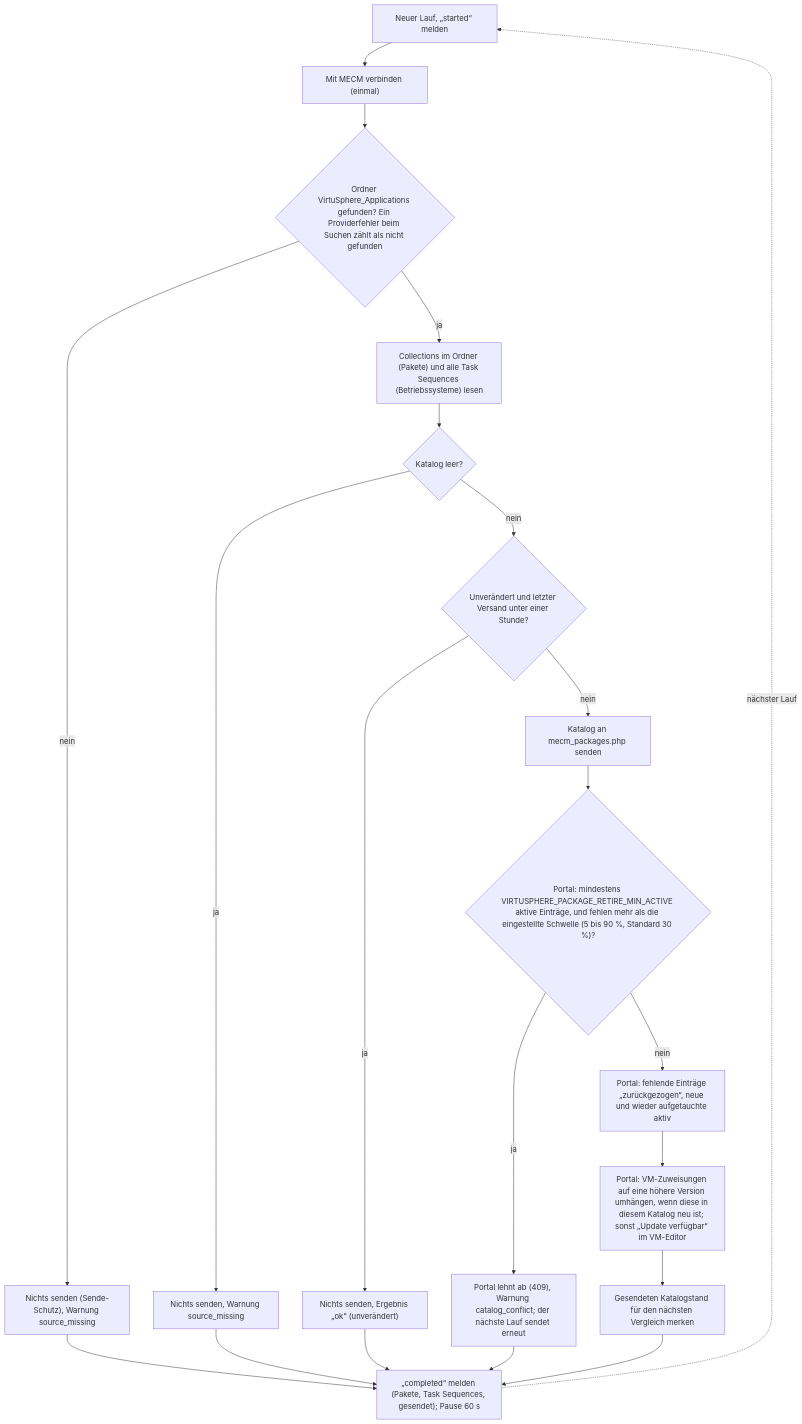
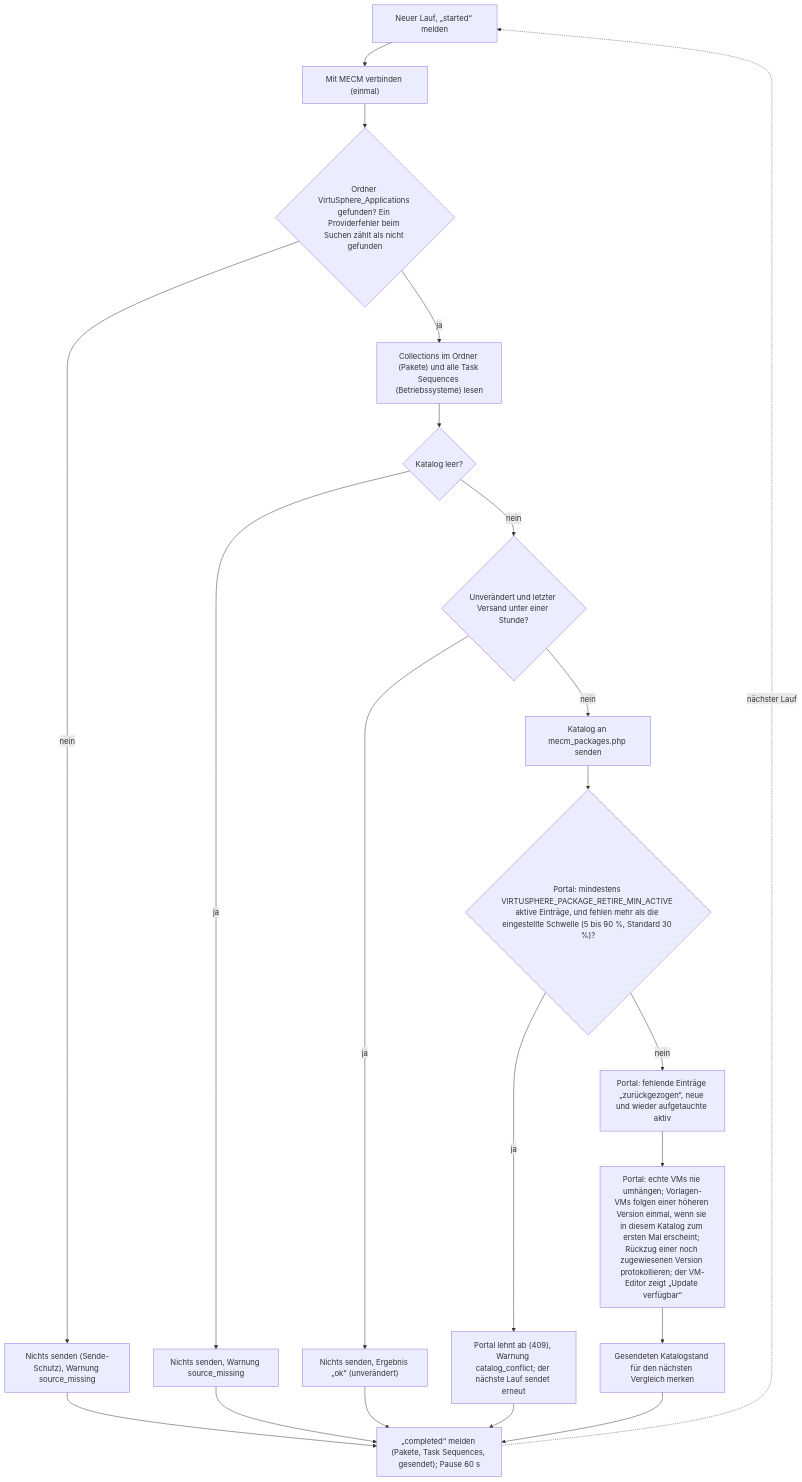
The third of 5 diagrams in docs/operations/mecm-scheduled-tasks.md (Samy94M/VirtuSphere-v2-WebApp), drawn with Mermaid before and after one commit. The commit also changed other lines of this file and 26 other files, not shown here.

````diff
--- a/docs/operations/mecm-scheduled-tasks.md
+++ b/docs/operations/mecm-scheduled-tasks.md
@@ -85,19 +85,19 @@
 ```mermaid
 flowchart TD
   S["Neuer Lauf, „started“ melden"] --> M["Mit MECM verbinden (einmal)"]
   M --> F{"Ordner VirtuSphere_Applications gefunden? Ein Providerfehler beim Suchen zählt als nicht gefunden"}
   F -->|nein| F1["Nichts senden (Sende-Schutz), Warnung source_missing"] --> R
   F -->|ja| K["Collections im Ordner (Pakete) und alle Task Sequences (Betriebssysteme) lesen"]
   K --> E{"Katalog leer?"}
   E -->|ja| E1["Nichts senden, Warnung source_missing"] --> R
   E -->|nein| U{"Unverändert und letzter Versand unter einer Stunde?"}
   U -->|ja| U1["Nichts senden, Ergebnis „ok“ (unverändert)"] --> R
   U -->|nein| P["Katalog an mecm_packages.php senden"]
   P --> T{"Portal: mindestens VIRTUSPHERE_PACKAGE_RETIRE_MIN_ACTIVE aktive Einträge, und fehlen mehr als die eingestellte Schwelle (5 bis 90 %, Standard 30 %)?"}
   T -->|ja| T1["Portal lehnt ab (409), Warnung catalog_conflict; der nächste Lauf sendet erneut"] --> R
   T -->|nein| RT["Portal: fehlende Einträge „zurückgezogen“, neue und wieder aufgetauchte aktiv"]
-  RT --> RL["Portal: VM-Zuweisungen auf eine höhere Version umhängen, wenn diese in diesem Katalog neu ist; sonst „Update verfügbar“ im VM-Editor"]
+  RT --> RL["Portal: echte VMs nie umhängen; Vorlagen-VMs folgen einer höheren Version einmal, wenn sie in diesem Katalog zum ersten Mal erscheint; Rückzug einer noch zugewiesenen Version protokollieren; der VM-Editor zeigt „Update verfügbar“"]
   RL --> H["Gesendeten Katalogstand für den nächsten Vergleich merken"]
   H --> R["„completed“ melden (Pakete, Task Sequences, gesendet); Pause 60 s"]
   R -.->|nächster Lauf| S
 ```
````
